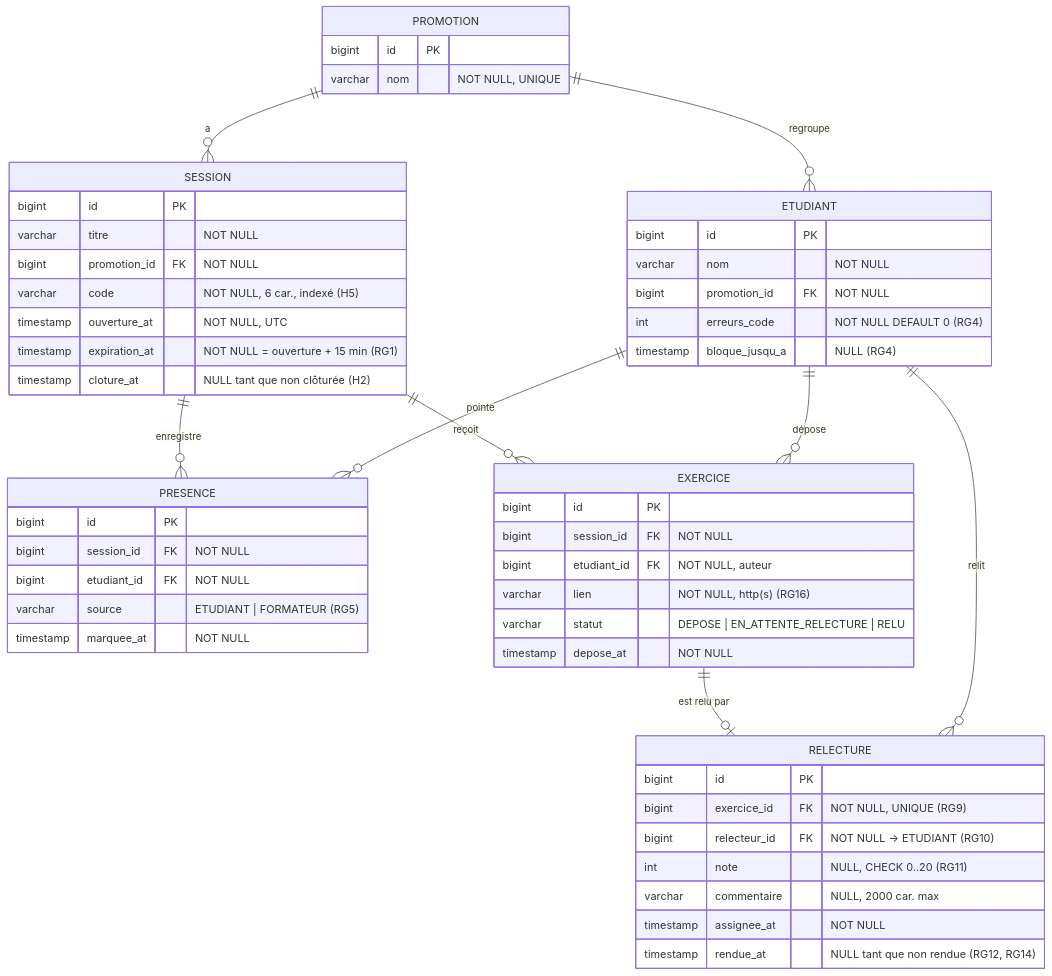
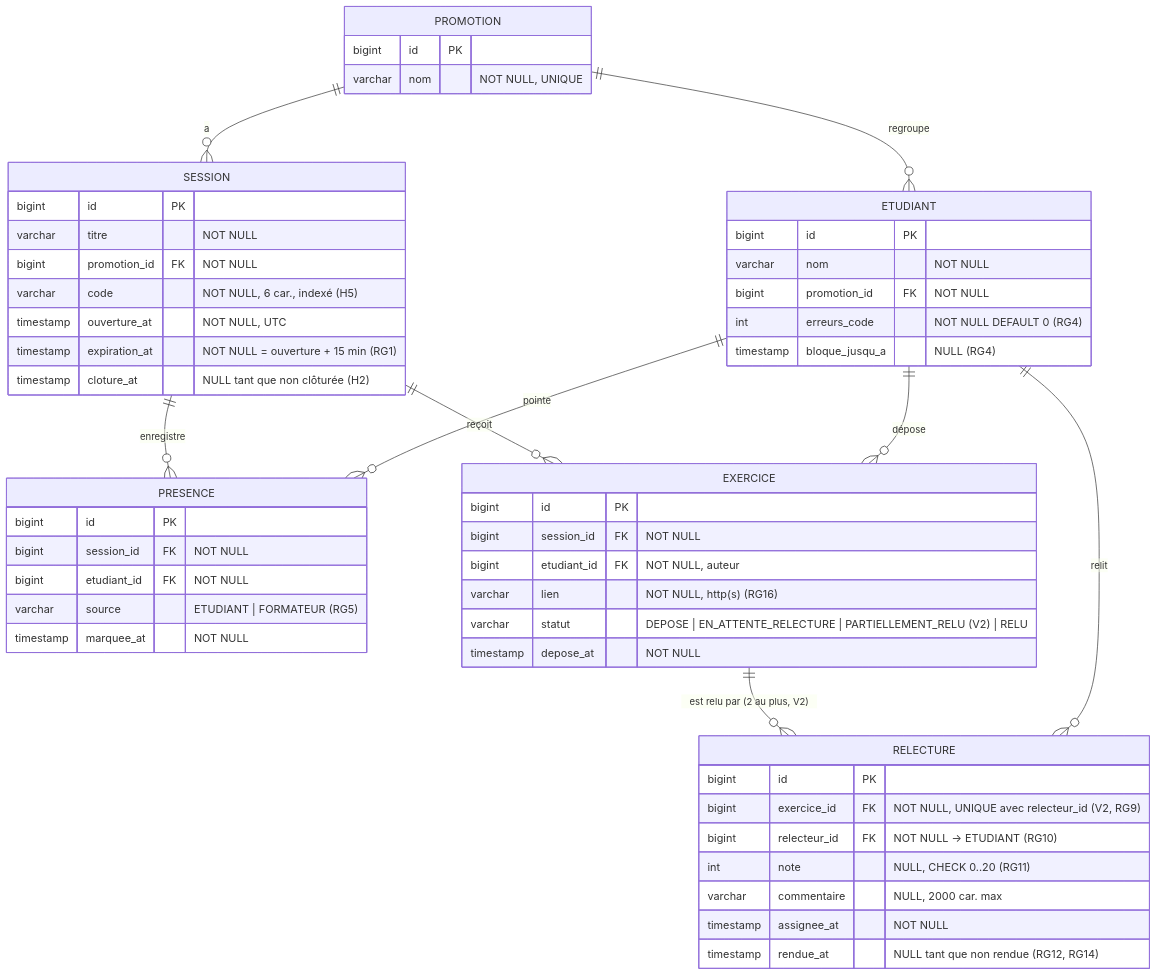
Before and after one commit to FranckHerve100/kfokam48-epreuve-KF48-YAO-260: the diagram in docs/diagrammes/D2-modele-donnees.md, drawn with Mermaid. The commit also changed other lines of this file and 1 other file, not shown here.

Commit message:
docs(diagrammes): D2 et D4 à deux relecteurs, conséquence du changement de besoin (#52)

````diff
--- a/docs/diagrammes/D2-modele-donnees.md
+++ b/docs/diagrammes/D2-modele-donnees.md
@@ -5,56 +5,56 @@
 ```mermaid
 erDiagram
     PROMOTION ||--o{ ETUDIANT : "regroupe"
     PROMOTION ||--o{ SESSION : "a"
     SESSION ||--o{ PRESENCE : "enregistre"
     ETUDIANT ||--o{ PRESENCE : "pointe"
     SESSION ||--o{ EXERCICE : "reçoit"
     ETUDIANT ||--o{ EXERCICE : "dépose"
-    EXERCICE ||--o| RELECTURE : "est relu par"
+    EXERCICE ||--o{ RELECTURE : "est relu par (2 au plus, V2)"
     ETUDIANT ||--o{ RELECTURE : "relit"
 
     PROMOTION {
         bigint id PK
         varchar nom "NOT NULL, UNIQUE"
     }
     ETUDIANT {
         bigint id PK
         varchar nom "NOT NULL"
         bigint promotion_id FK "NOT NULL"
         int erreurs_code "NOT NULL DEFAULT 0 (RG4)"
         timestamp bloque_jusqu_a "NULL (RG4)"
     }
     SESSION {
         bigint id PK
         varchar titre "NOT NULL"
         bigint promotion_id FK "NOT NULL"
         varchar code "NOT NULL, 6 car., indexé (H5)"
         timestamp ouverture_at "NOT NULL, UTC"
         timestamp expiration_at "NOT NULL = ouverture + 15 min (RG1)"
         timestamp cloture_at "NULL tant que non clôturée (H2)"
     }
     PRESENCE {
         bigint id PK
         bigint session_id FK "NOT NULL"
         bigint etudiant_id FK "NOT NULL"
         varchar source "ETUDIANT | FORMATEUR (RG5)"
         timestamp marquee_at "NOT NULL"
     }
     EXERCICE {
         bigint id PK
         bigint session_id FK "NOT NULL"
         bigint etudiant_id FK "NOT NULL, auteur"
         varchar lien "NOT NULL, http(s) (RG16)"
-        varchar statut "DEPOSE | EN_ATTENTE_RELECTURE | RELU"
+        varchar statut "DEPOSE | EN_ATTENTE_RELECTURE | PARTIELLEMENT_RELU (V2) | RELU"
         timestamp depose_at "NOT NULL"
     }
     RELECTURE {
         bigint id PK
-        bigint exercice_id FK "NOT NULL, UNIQUE (RG9)"
+        bigint exercice_id FK "NOT NULL, UNIQUE avec relecteur_id (V2, RG9)"
         bigint relecteur_id FK "NOT NULL -> ETUDIANT (RG10)"
         int note "NULL, CHECK 0..20 (RG11)"
         varchar commentaire "NULL, 2000 car. max"
         timestamp assignee_at "NOT NULL"
         timestamp rendue_at "NULL tant que non rendue (RG12, RG14)"
     }
 ```
````
